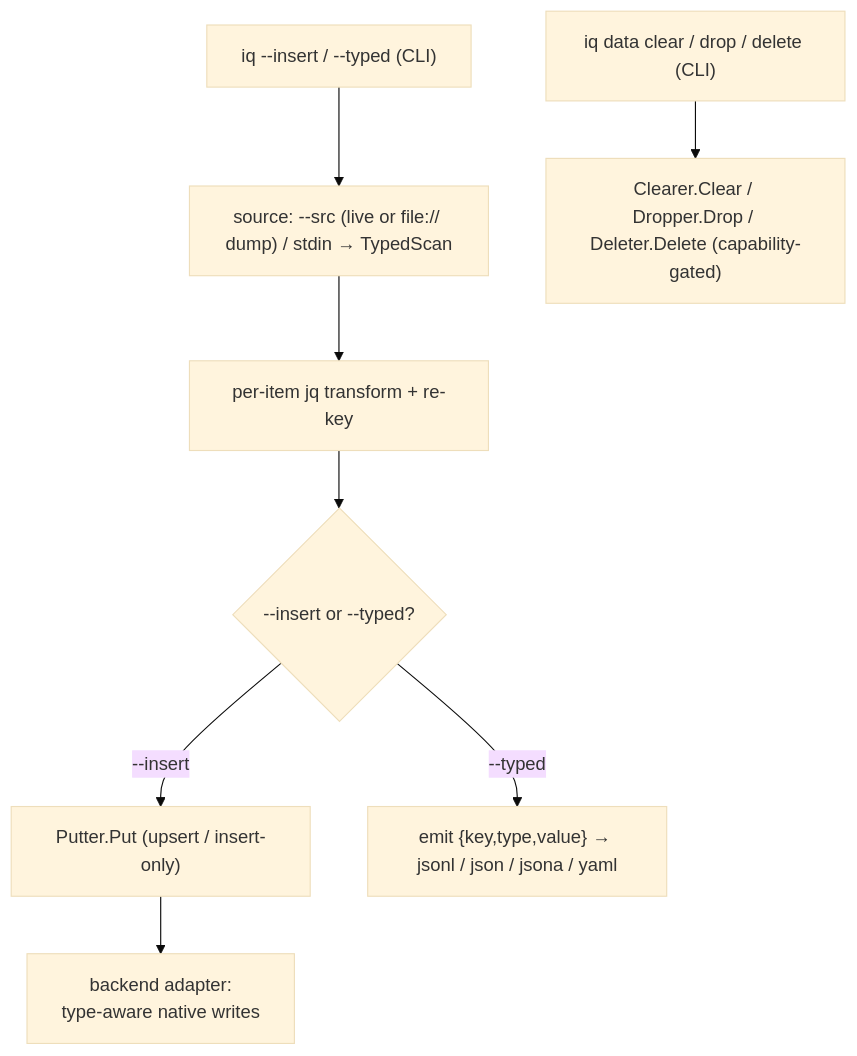
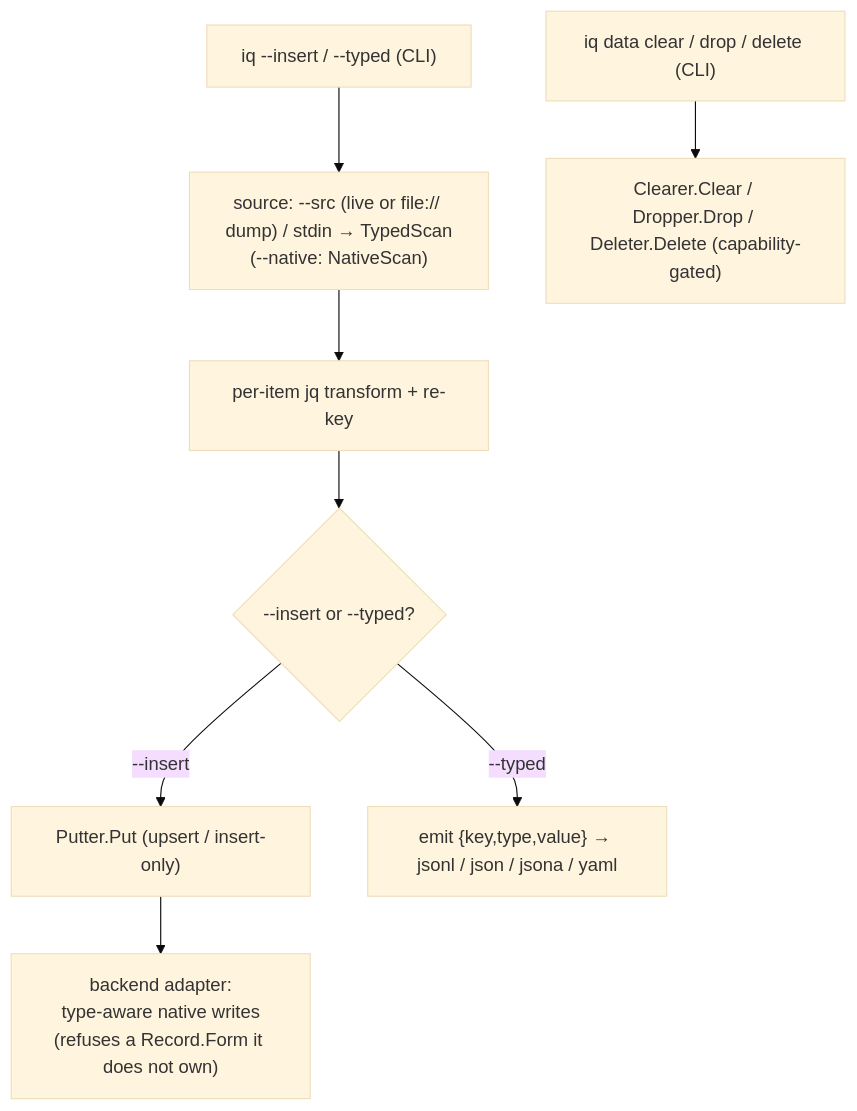
Before and after one commit to zsltg/iq: the third of 3 diagrams in docs/docs/how-it-works.md, drawn with Mermaid (base theme). The commit also changed other lines of this file and 53 other files, not shown here.

````diff
--- a/docs/docs/how-it-works.md
+++ b/docs/docs/how-it-works.md
@@ -194,10 +200,10 @@
 ```mermaid
 graph TD
-  MV["iq --insert / --typed (CLI)"] --> MSRC["source: --src (live or file:// dump) / stdin → TypedScan"]
+  MV["iq --insert / --typed (CLI)"] --> MSRC["source: --src (live or file:// dump) / stdin → TypedScan<br/>(--native: NativeScan)"]
   MSRC --> TX["per-item jq transform + re-key"]
   TX --> DST{"--insert or --typed?"}
   DST -->|--insert| PUT["Putter.Put (upsert / insert-only)"]
   DST -->|--typed| ENC["emit {key,type,value} → jsonl / json / jsona / yaml"]
-  PUT --> BW["backend adapter:<br/>type-aware native writes"]
+  PUT --> BW["backend adapter:<br/>type-aware native writes<br/>(refuses a Record.Form it does not own)"]
   LF["iq data clear / drop / delete (CLI)"] --> CAP["Clearer.Clear / Dropper.Drop / Deleter.Delete (capability-gated)"]
 ```
````
